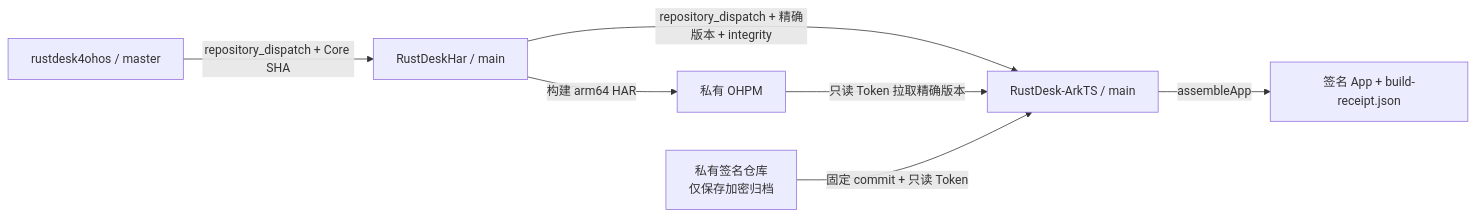
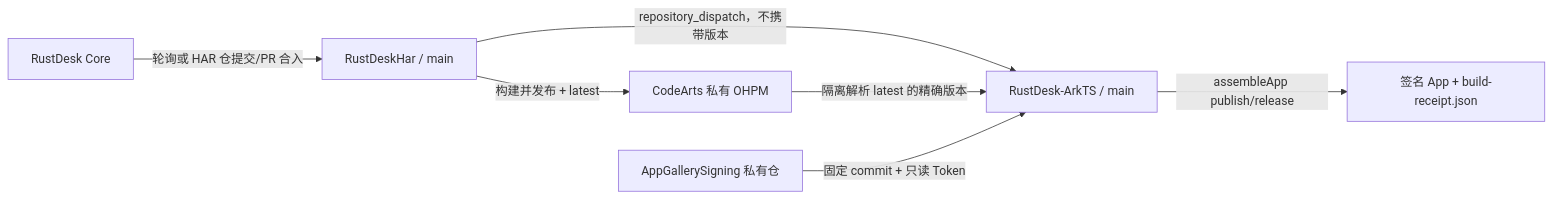
One commit to FrankHan052176/RustDesk-ArkTS changed the diagram in docs/GITHUB_ACTIONS_PIPELINE.md. Above: the diagram before and after it, drawn with Mermaid. The commit also changed other lines of this file and 3 other files, not shown here.

Commit message:
ci(ohos): build publish app from latest private HAR

````diff
--- a/docs/GITHUB_ACTIONS_PIPELINE.md
+++ b/docs/GITHUB_ACTIONS_PIPELINE.md
@@ -5,9 +5,9 @@
 ```mermaid
 flowchart LR
-  A["rustdesk4ohos / master"] -->|repository_dispatch + Core SHA| B["RustDeskHar / main"]
-  B -->|构建 arm64 HAR| C["私有 OHPM"]
-  B -->|repository_dispatch + 精确版本 + integrity| D["RustDesk-ArkTS / main"]
-  C -->|只读 Token 拉取精确版本| D
-  E["私有签名仓库<br/>仅保存加密归档"] -->|固定 commit + 只读 Token| D
-  D -->|assembleApp| F["签名 App + build-receipt.json"]
+  A["RustDesk Core"] -->|轮询或 HAR 仓提交/PR 合入| B["RustDeskHar / main"]
+  B -->|构建并发布 + latest| C["CodeArts 私有 OHPM"]
+  B -->|repository_dispatch，不携带版本| D["RustDesk-ArkTS / main"]
+  C -->|隔离解析 latest 的精确版本| D
+  E["AppGallerySigning 私有仓"] -->|固定 commit + 只读 Token| D
+  D -->|assembleApp publish/release| F["签名 App + build-receipt.json"]
 ```
````
